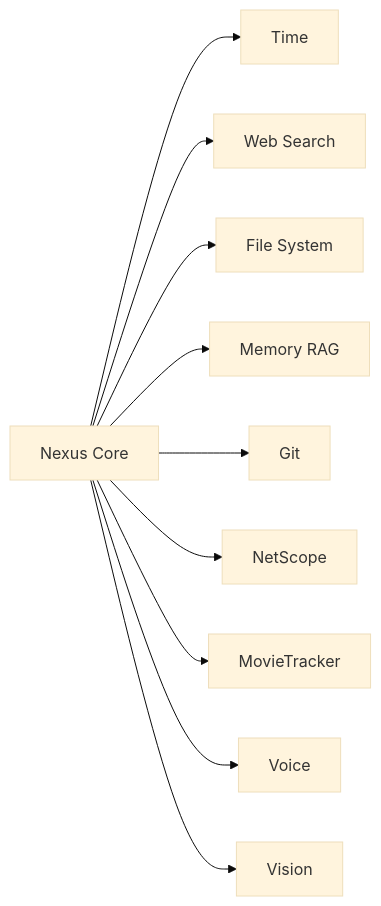
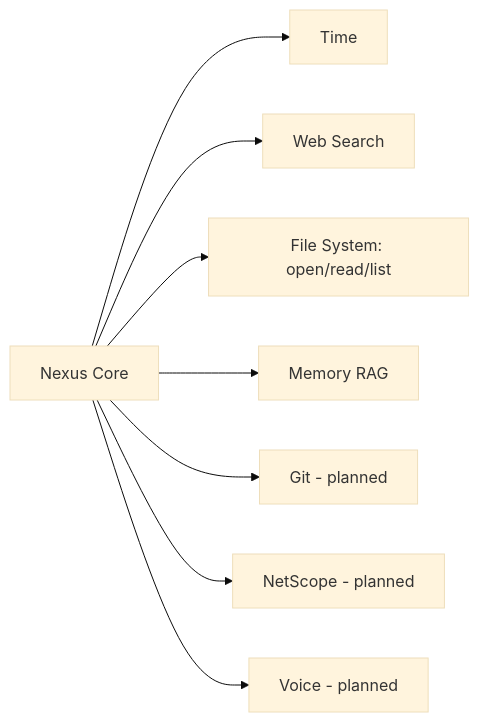
One commit to 1Maniak/nexus changed the diagram in docs/TOOLS.md. Above: the diagram before and after it, drawn with Mermaid (base theme). The commit also changed other lines of this file and 8 other files, not shown here.

````diff
--- a/docs/TOOLS.md
+++ b/docs/TOOLS.md
@@ -54,12 +56,10 @@
 ```mermaid
 flowchart LR
     N[Nexus Core] --> T1[Time]
     N --> T2[Web Search]
-    N --> T3[File System]
+    N --> T3[File System: open/read/list]
     N --> T4[Memory RAG]
-    N --> T5[Git]
-    N --> T6[NetScope]
-    N --> T7[MovieTracker]
-    N --> T8[Voice]
-    N --> T9[Vision]
+    N --> T5[Git - planned]
+    N --> T6[NetScope - planned]
+    N --> T7[Voice - planned]
 ```
````
